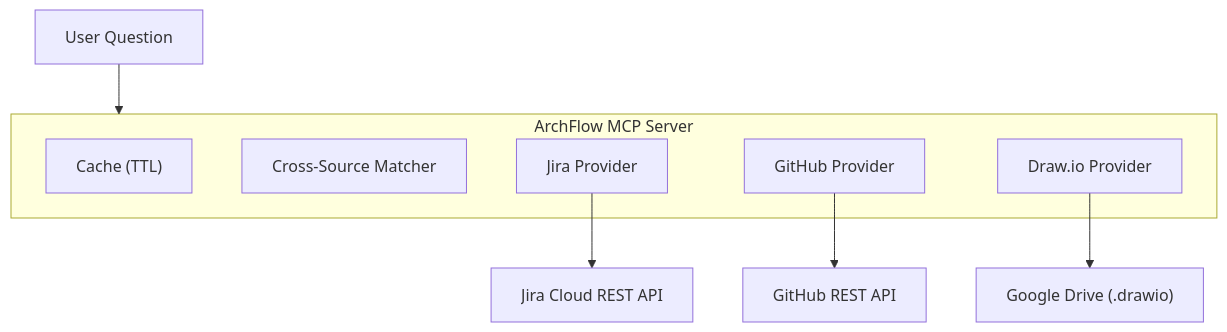
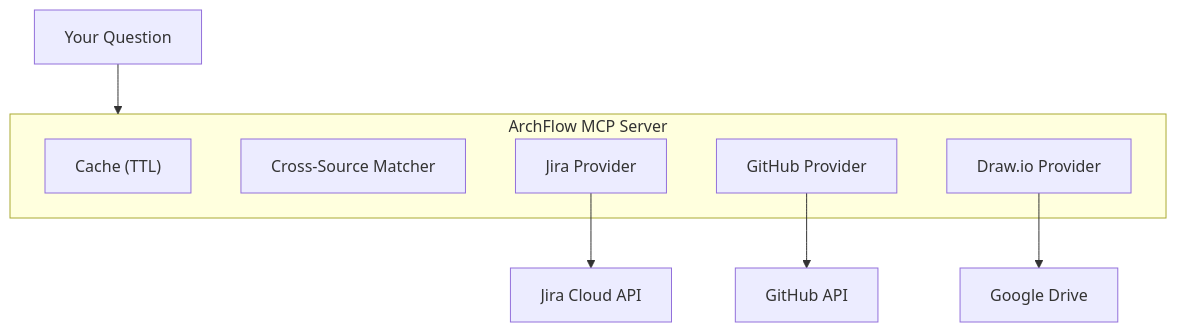
Before and after one commit to Juhwan01/ArchFlow: the diagram in README.md, drawn with Mermaid. The commit also changed other lines of this file and 10 other files, not shown here.

````diff
--- a/README.md
+++ b/README.md
@@ -312,16 +207,16 @@
 ```mermaid
 graph TB
-    User["User Question"] --> Server
+    User["Your Question"] --> Server
 
     subgraph Server["ArchFlow MCP Server"]
         Cache["Cache (TTL)"]
         Matcher["Cross-Source Matcher"]
         JP["Jira Provider"]
         GP["GitHub Provider"]
         DP["Draw.io Provider"]
     end
 
-    JP --> Jira["Jira Cloud REST API"]
-    GP --> GitHub["GitHub REST API"]
-    DP --> GDrive["Google Drive (.drawio)"]
+    JP --> Jira["Jira Cloud API"]
+    GP --> GitHub["GitHub API"]
+    DP --> GDrive["Google Drive"]
 ```
````
